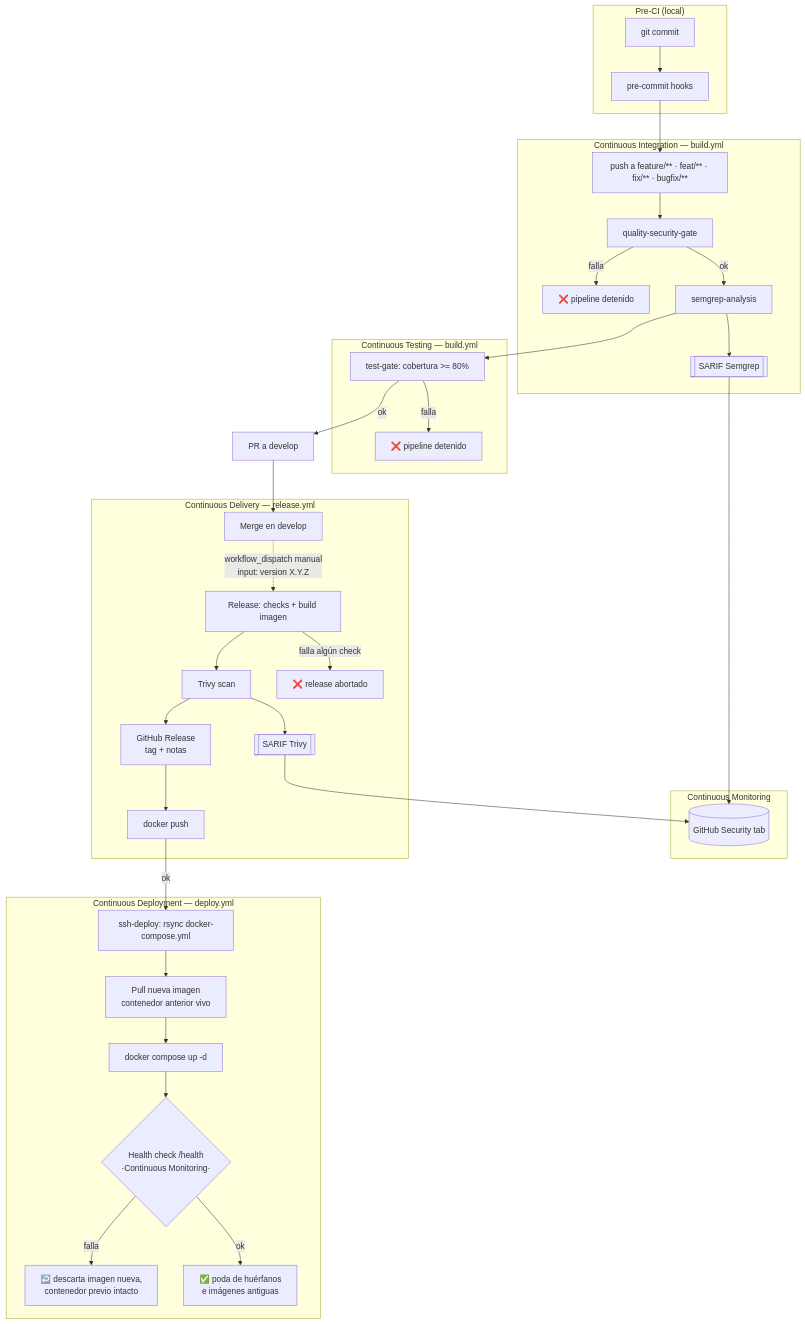
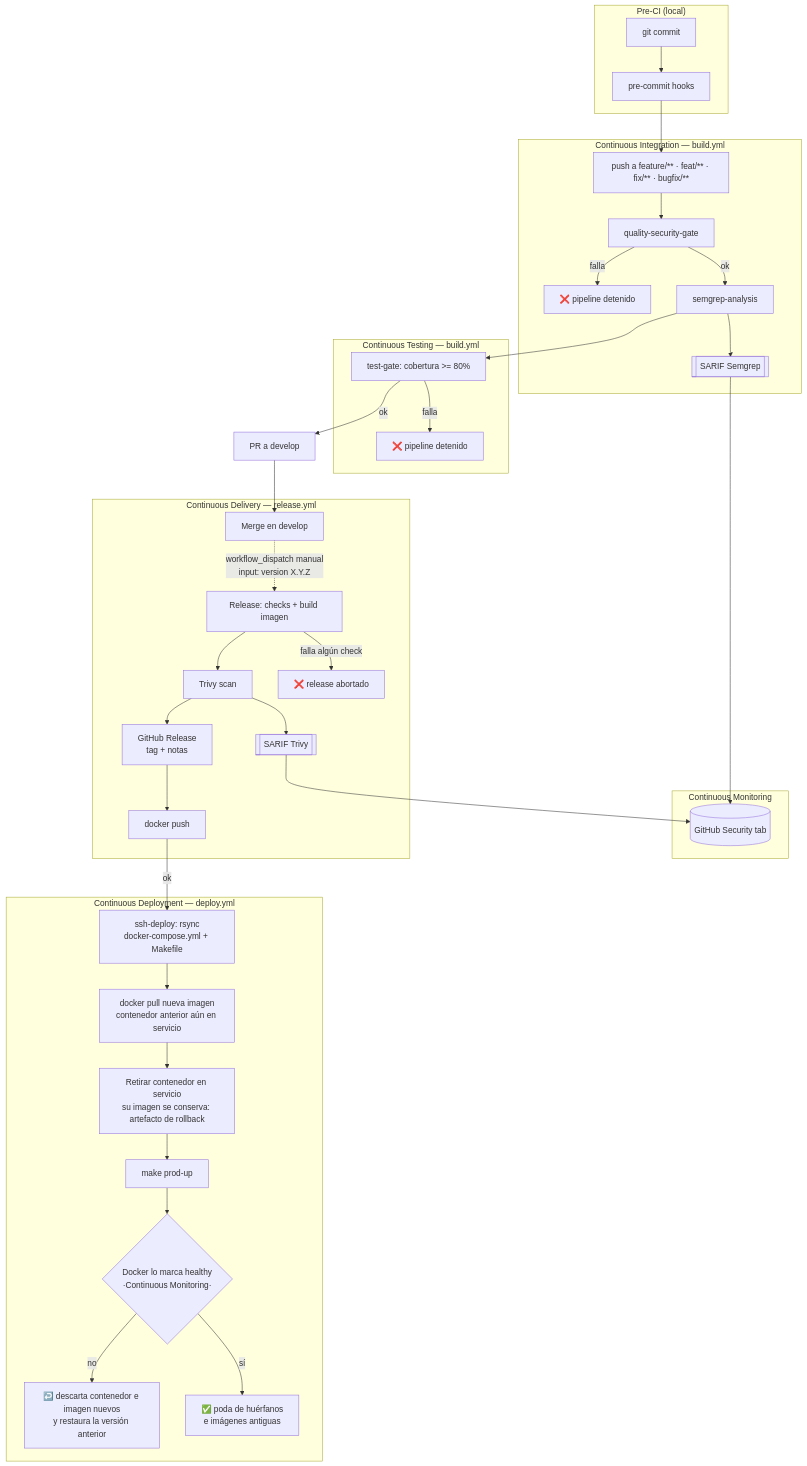
The first of 3 diagrams in docs/ci-cd.md (SorianoTech/FitCoachIA), drawn with Mermaid before and after one commit. The commit also changed other lines of this file and 2 other files, not shown here.

````diff
--- a/docs/ci-cd.md
+++ b/docs/ci-cd.md
@@ -138,46 +142,47 @@
 ```mermaid
 flowchart TD
     subgraph LOCAL["Pre-CI (local)"]
         A[git commit] --> A1[pre-commit hooks]
     end
 
     A1 --> B[push a feature/** · feat/** · fix/** · bugfix/**]
 
     subgraph CI["Continuous Integration — build.yml"]
         B --> C[quality-security-gate]
         C -->|ok| D[semgrep-analysis]
         C -->|falla| X1[❌ pipeline detenido]
         D --> D1[[SARIF Semgrep]]
     end
 
     subgraph CT["Continuous Testing — build.yml"]
         D --> E[test-gate: cobertura >= 80%]
         E -->|falla| X2[❌ pipeline detenido]
     end
 
     E -->|ok| F[PR a develop] --> G[Merge en develop]
 
     subgraph CD1["Continuous Delivery — release.yml"]
         G -.->|workflow_dispatch manual\ninput: version X.Y.Z| H[Release: checks + build imagen]
         H -->|falla algún check| X3[❌ release abortado]
         H --> H1[Trivy scan]
         H1 --> H2[[SARIF Trivy]]
         H1 --> H3[GitHub Release\ntag + notas]
         H3 --> H4[docker push]
     end
 
     subgraph MON["Continuous Monitoring"]
         SEC[(GitHub Security tab)]
         D1 --> SEC
         H2 --> SEC
     end
 
     subgraph CD2["Continuous Deployment — deploy.yml"]
-        H4 -->|ok| I[ssh-deploy: rsync docker-compose.yml]
-        I --> J[Pull nueva imagen\ncontenedor anterior vivo]
-        J --> K[docker compose up -d]
-        K --> L{Health check /health\n·Continuous Monitoring·}
-        L -->|ok| M[✅ poda de huérfanos\ne imágenes antiguas]
-        L -->|falla| N[↩️ descarta imagen nueva,\ncontenedor previo intacto]
+        H4 -->|ok| I[ssh-deploy: rsync\ndocker-compose.yml + Makefile]
+        I --> J[docker pull nueva imagen\ncontenedor anterior aún en servicio]
+        J --> J1[Retirar contenedor en servicio\nsu imagen se conserva: artefacto de rollback]
+        J1 --> K[make prod-up]
+        K --> L{Docker lo marca healthy\n·Continuous Monitoring·}
+        L -->|sí| M[✅ poda de huérfanos\ne imágenes antiguas]
+        L -->|no| N[↩️ descarta contenedor e imagen nuevos\ny restaura la versión anterior]
     end
 ```
````
